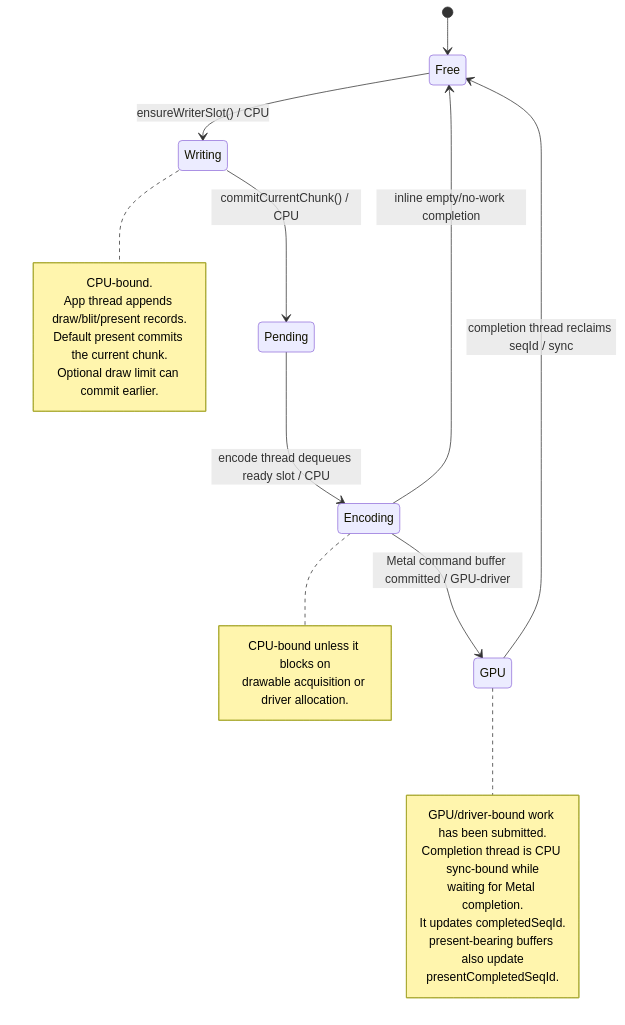
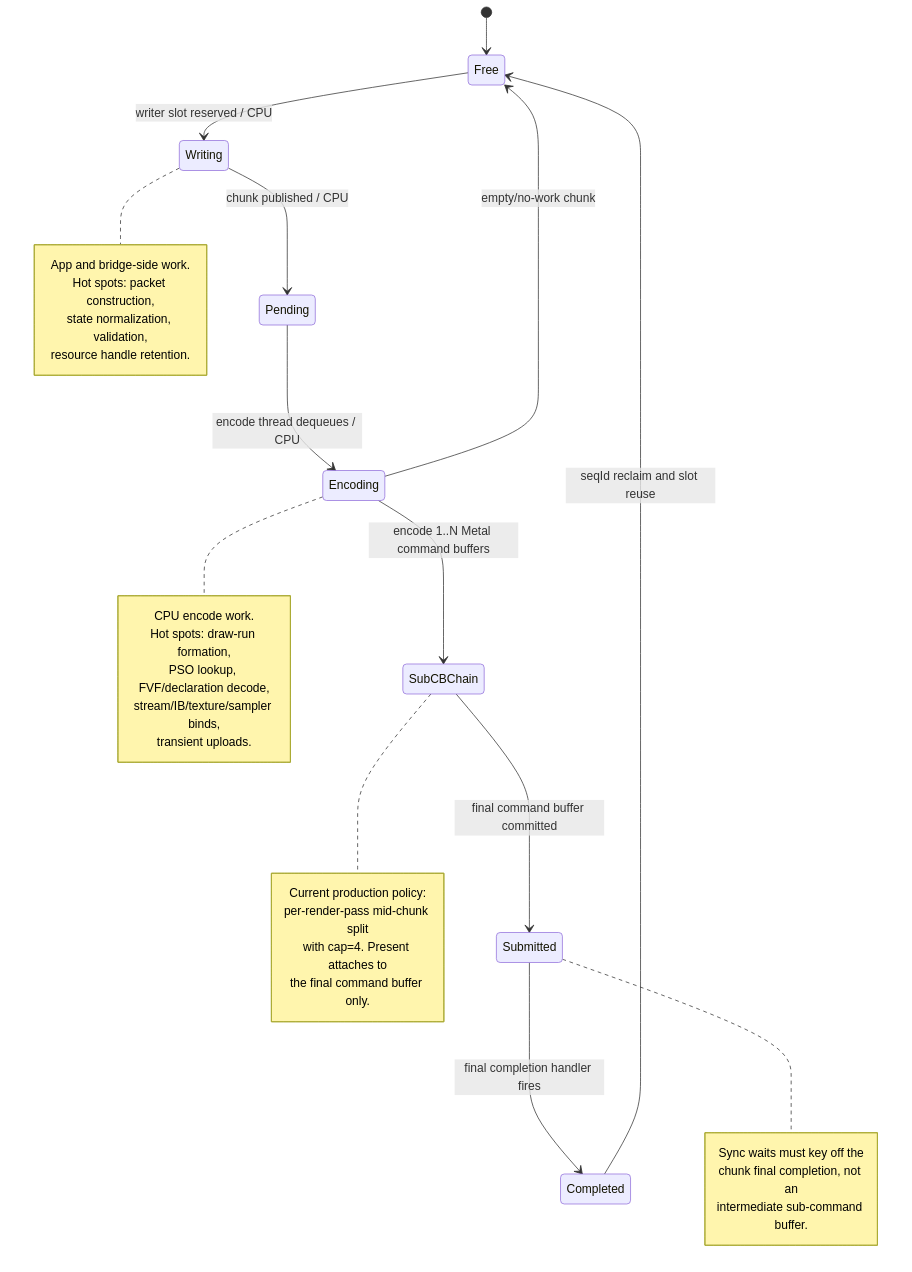
Before and after one commit to dfdgsdfg/dxmt9: the third of 11 diagrams in docs/perfomance-bottleneck.md, drawn with Mermaid. The commit also changed other lines of this file, not shown here.

````diff
--- a/docs/perfomance-bottleneck.md
+++ b/docs/perfomance-bottleneck.md
@@ -117,31 +127,41 @@
 ```mermaid
 stateDiagram-v2
   [*] --> Free
-  Free --> Writing: ensureWriterSlot() / CPU
-  Writing --> Pending: commitCurrentChunk() / CPU
-  Pending --> Encoding: encode thread dequeues ready slot / CPU
-  Encoding --> GPU: Metal command buffer committed / GPU-driver
-  Encoding --> Free: inline empty/no-work completion
-  GPU --> Free: completion thread reclaims seqId / sync
+  Free --> Writing: writer slot reserved / CPU
+  Writing --> Pending: chunk published / CPU
+  Pending --> Encoding: encode thread dequeues / CPU
+  Encoding --> SubCBChain: encode 1..N Metal command buffers
+  SubCBChain --> Submitted: final command buffer committed
+  Submitted --> Completed: final completion handler fires
+  Completed --> Free: seqId reclaim and slot reuse
+
+  Encoding --> Free: empty/no-work chunk
 
   note right of Writing
-    CPU-bound.
-    App thread appends draw/blit/present records.
-    Default present commits the current chunk.
-    Optional draw limit can commit earlier.
+    App and bridge-side work.
+    Hot spots: packet construction,
+    state normalization, validation,
+    resource handle retention.
   end note
 
   note right of Encoding
-    CPU-bound unless it blocks on
-    drawable acquisition or driver allocation.
+    CPU encode work.
+    Hot spots: draw-run formation,
+    PSO lookup, FVF/declaration decode,
+    stream/IB/texture/sampler binds,
+    transient uploads.
   end note
 
-  note right of GPU
-    GPU/driver-bound work has been submitted.
-    Completion thread is CPU sync-bound while
-    waiting for Metal completion.
-    It updates completedSeqId.
-    present-bearing buffers also update
-    presentCompletedSeqId.
+  note right of SubCBChain
+    Current production policy:
+    per-render-pass mid-chunk split
+    with cap=4. Present attaches to
+    the final command buffer only.
+  end note
+
+  note right of Submitted
+    Sync waits must key off the
+    chunk final completion, not an
+    intermediate sub-command buffer.
   end note
 ```
````
